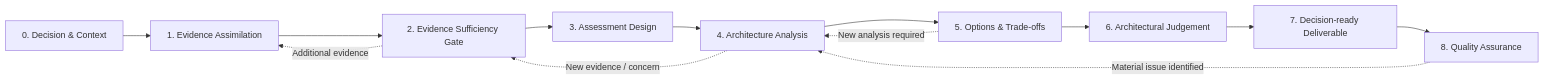
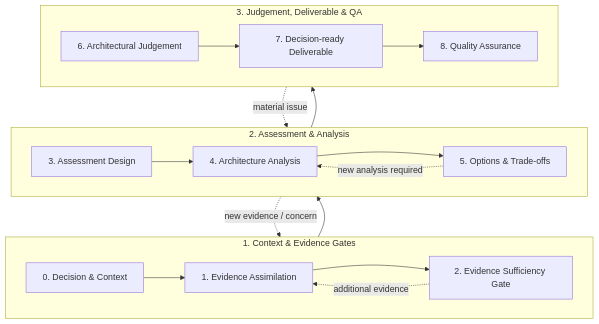
The fifth of 8 diagrams in docs/sop/methods/architecture-decision-review.md (avfranco-br/portfolio), drawn with Mermaid before and after one commit. The commit also changed other lines of this file and 10 other files, not shown here.

Commit message:
Refactor Mermaid diagrams across SOP and methods documentation for legibility

````diff
--- a/docs/sop/methods/architecture-decision-review.md
+++ b/docs/sop/methods/architecture-decision-review.md
@@ -429,24 +432,27 @@
 ```mermaid
-flowchart LR
-    S0["0. Decision & Context"]
-    S1["1. Evidence Assimilation"]
-    S2["2. Evidence Sufficiency Gate"]
-    S3["3. Assessment Design"]
-    S4["4. Architecture Analysis"]
-    S5["5. Options & Trade-offs"]
-    S6["6. Architectural Judgement"]
-    S7["7. Decision-ready Deliverable"]
-    S8["8. Quality Assurance"]
-    S0 --> S1
-    S1 --> S2
+flowchart TD
+    subgraph Context_Evidence["1. Context & Evidence Gates"]
+        direction LR
+        S0["0. Decision & Context"] --> S1["1. Evidence Assimilation"]
+        S1 --> S2["2. Evidence Sufficiency Gate"]
+    end
+
+    subgraph Analysis_Options["2. Assessment & Analysis"]
+        direction LR
+        S3["3. Assessment Design"] --> S4["4. Architecture Analysis"]
+        S4 --> S5["5. Options & Trade-offs"]
+    end
+
+    subgraph Judgement_QA["3. Judgement, Deliverable & QA"]
+        direction LR
+        S6["6. Architectural Judgement"] --> S7["7. Decision-ready Deliverable"]
+        S7 --> S8["8. Quality Assurance"]
+    end
+
     S2 --> S3
-    S3 --> S4
-    S4 --> S5
     S5 --> S6
-    S6 --> S7
-    S7 --> S8
-    S2 -. "Additional evidence" .-> S1
-    S4 -. "New evidence / concern" .-> S2
-    S5 -. "New analysis required" .-> S4
-    S8 -. "Material issue identified" .-> S4
+    S2 -. "additional evidence" .-> S1
+    S4 -. "new evidence / concern" .-> S2
+    S5 -. "new analysis required" .-> S4
+    S8 -. "material issue" .-> S4
 ```
````
